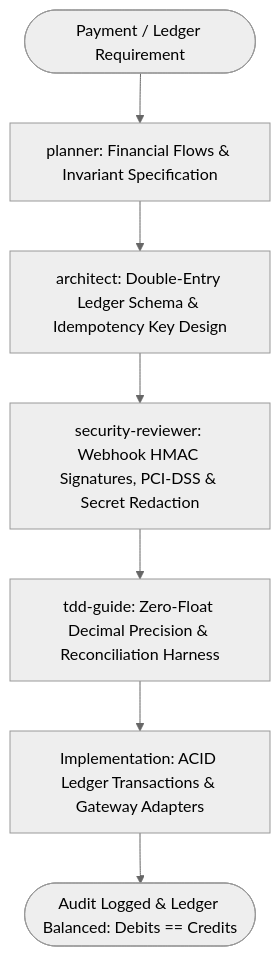
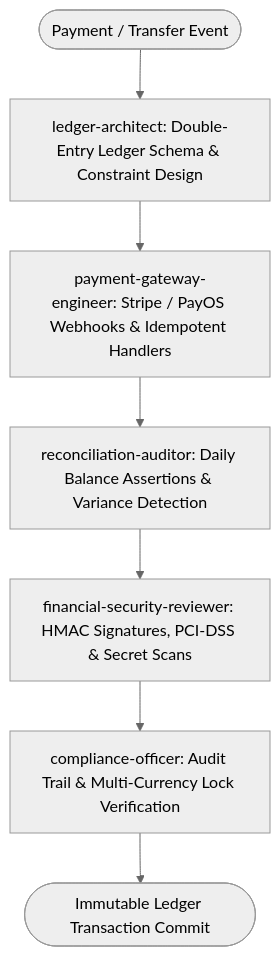
Before and after one commit to lengoctuong2005/vibe-rules-hub: the diagram in workflows/fintech-accounting-suite.md, drawn with Mermaid (neutral theme). The commit also changed other lines of this file and 26 other files, not shown here.

````diff
--- a/workflows/fintech-accounting-suite.md
+++ b/workflows/fintech-accounting-suite.md
@@ -23,9 +23,9 @@
 ```mermaid
 graph TD
-    FinReq([Payment / Ledger Requirement]) --> Planner[planner: Financial Flows & Invariant Specification]
-    Planner --> Architect[architect: Double-Entry Ledger Schema & Idempotency Key Design]
-    Architect --> SecReviewer[security-reviewer: Webhook HMAC Signatures, PCI-DSS & Secret Redaction]
-    SecReviewer --> TDD[tdd-guide: Zero-Float Decimal Precision & Reconciliation Harness]
-    TDD --> Implementer[Implementation: ACID Ledger Transactions & Gateway Adapters]
-    Implementer --> ComplianceGate([Audit Logged & Ledger Balanced: Debits == Credits])
+    PaymentEvent([Payment / Transfer Event]) --> LedgerArchitect[ledger-architect: Double-Entry Ledger Schema & Constraint Design]
+    LedgerArchitect --> PaymentEng[payment-gateway-engineer: Stripe / PayOS Webhooks & Idempotent Handlers]
+    PaymentEng --> ReconAuditor[reconciliation-auditor: Daily Balance Assertions & Variance Detection]
+    ReconAuditor --> SecReviewer[financial-security-reviewer: HMAC Signatures, PCI-DSS & Secret Scans]
+    SecReviewer --> ComplianceOfficer[compliance-officer: Audit Trail & Multi-Currency Lock Verification]
+    ComplianceOfficer --> LedgerCommit([Immutable Ledger Transaction Commit])
 ```
````
